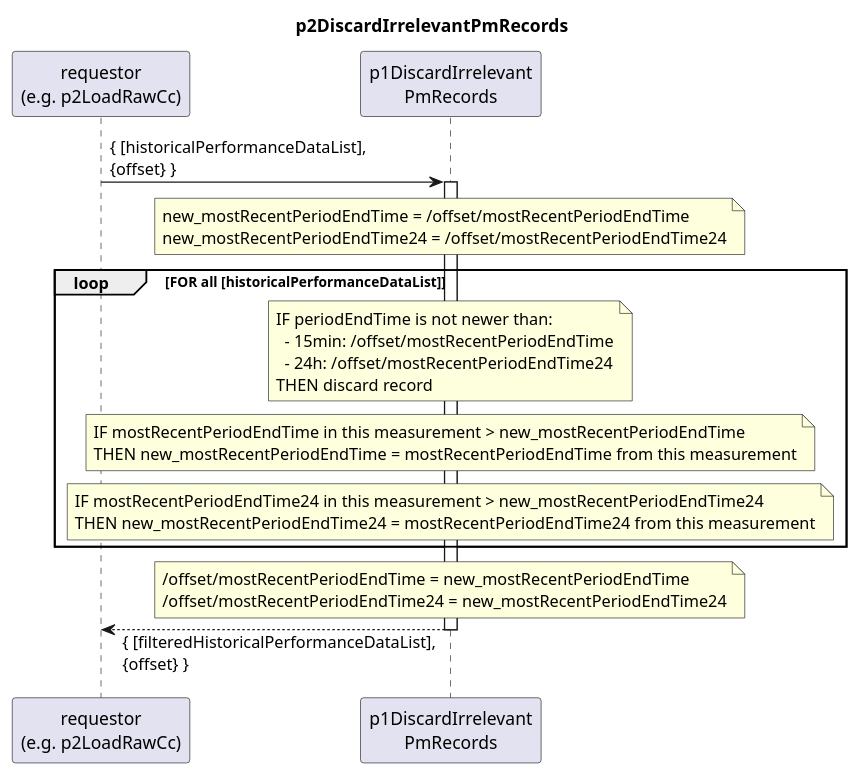
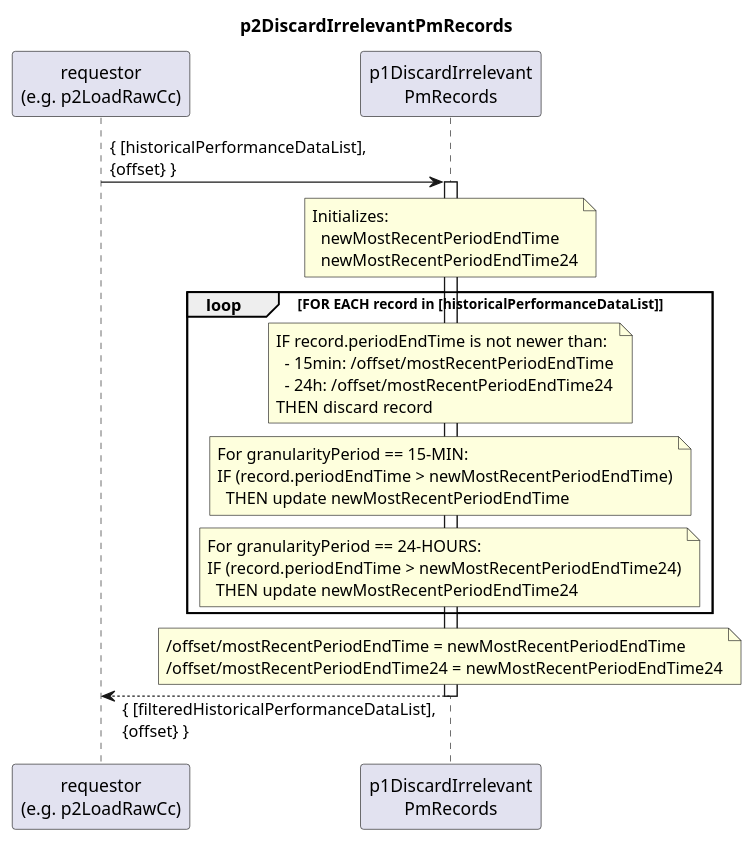
One commit to openBackhaul/DevicePerformanceManagementDataProcessor changed the diagram in spec/Functions/p1StreamPmData/p1ProcessDevice/p2LoadRawCc/p2DiscardIrrelevantPmRecords/1.0.0/p2DiscardIrrelevantPmRecords.plantuml. Above: the diagram before and after it, drawn with PlantUML. The commit also changed 4 other files, not shown here.

```diff
--- a/spec/Functions/p1StreamPmData/p1ProcessDevice/p2LoadRawCc/p2DiscardIrrelevantPmRecords/1.0.0/p2DiscardIrrelevantPmRecords.plantuml
+++ b/spec/Functions/p1StreamPmData/p1ProcessDevice/p2LoadRawCc/p2DiscardIrrelevantPmRecords/1.0.0/p2DiscardIrrelevantPmRecords.plantuml
@@ -1,50 +1,54 @@
 @startuml p2DiscardIrrelevantPmRecords
 skinparam responseMessageBelowArrow true
 
 title
   p2DiscardIrrelevantPmRecords
 end title
 
 participant "requestor\n(e.g. p2LoadRawCc)" as requestor
 participant "p1DiscardIrrelevant\nPmRecords" as cur
 
 
 requestor -> cur: { [historicalPerformanceDataList],\n{offset} }
 activate cur
 
-note over cur
-  new_mostRecentPeriodEndTime = /offset/mostRecentPeriodEndTime
-  new_mostRecentPeriodEndTime24 = /offset/mostRecentPeriodEndTime24
-end note
+  note over cur
+    Initializes:
+      newMostRecentPeriodEndTime
+      newMostRecentPeriodEndTime24
+  end note
 
-loop FOR all [historicalPerformanceDataList]
+
+loop FOR EACH record in [historicalPerformanceDataList]
 
   note over cur
-    IF periodEndTime is not newer than:
+    IF record.periodEndTime is not newer than:
       - 15min: /offset/mostRecentPeriodEndTime
       - 24h: /offset/mostRecentPeriodEndTime24
     THEN discard record
   end note
 
   note over cur
-    IF mostRecentPeriodEndTime in this measurement > new_mostRecentPeriodEndTime
-    THEN new_mostRecentPeriodEndTime = mostRecentPeriodEndTime from this measurement
+    For granularityPeriod == 15-MIN:
+    IF (record.periodEndTime > newMostRecentPeriodEndTime)
+      THEN update newMostRecentPeriodEndTime
   end note
 
   note over cur
-    IF mostRecentPeriodEndTime24 in this measurement > new_mostRecentPeriodEndTime24
-    THEN new_mostRecentPeriodEndTime24 = mostRecentPeriodEndTime24 from this measurement
+    For granularityPeriod == 24-HOURS:
+    IF (record.periodEndTime > newMostRecentPeriodEndTime24)
+      THEN update newMostRecentPeriodEndTime24
   end note
 
 end loop
 
 note over cur
-  /offset/mostRecentPeriodEndTime = new_mostRecentPeriodEndTime
-  /offset/mostRecentPeriodEndTime24 = new_mostRecentPeriodEndTime24
+  /offset/mostRecentPeriodEndTime = newMostRecentPeriodEndTime
+  /offset/mostRecentPeriodEndTime24 = newMostRecentPeriodEndTime24
 end note
 
 requestor <-- cur: { [filteredHistoricalPerformanceDataList],\n{offset} }
 
 deactivate cur
 
 @enduml
```
